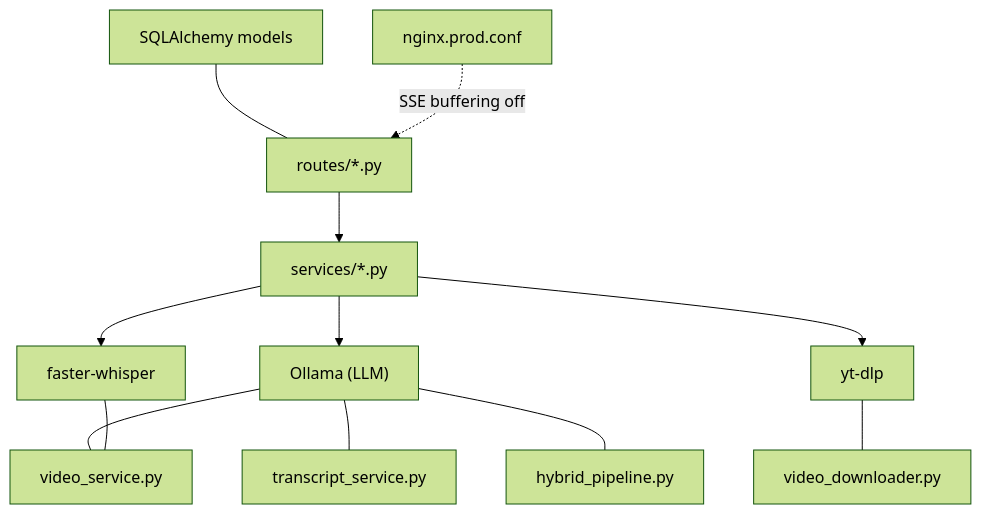
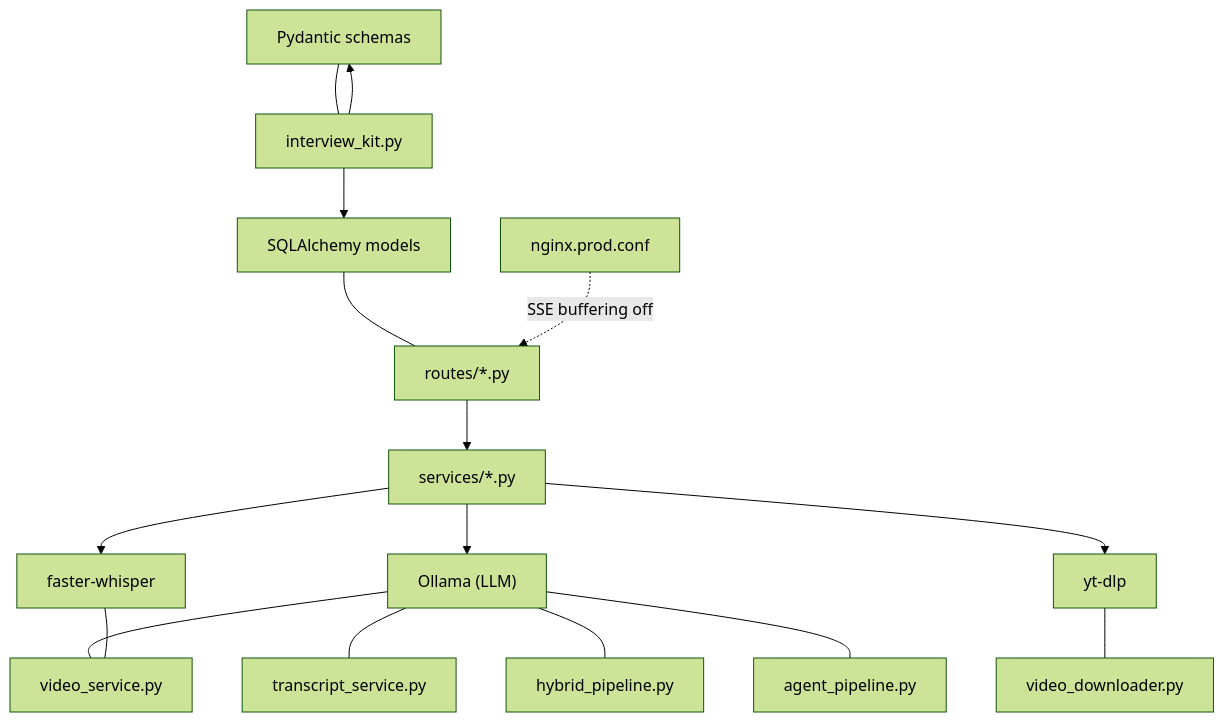
One commit to Revanththetalogics/aireume changed diagram 12 of 12 in .qoder/repowiki/en/content/Video Analysis/Interview Analysis Workflow.md. Above: the diagram before and after it, drawn with Mermaid (forest theme). The commit also changed other lines of this file and 41 other files, not shown here.

````diff
--- a/.qoder/repowiki/en/content/Video Analysis/Interview Analysis Workflow.md
+++ b/.qoder/repowiki/en/content/Video Analysis/Interview Analysis Workflow.md
@@ -367,14 +577,18 @@
 ```mermaid
 graph TB
 OLL["Ollama (LLM)"] --- VS["video_service.py"]
 OLL --- TS["transcript_service.py"]
 OLL --- HP["hybrid_pipeline.py"]
+OLL --- AP["agent_pipeline.py"]
 WHISPER["faster-whisper"] --- VS
 YT["yt-dlp"] --- DOWN["video_downloader.py"]
 DB["SQLAlchemy models"] --- ROUTE["routes/*.py"]
+SCHEMA["Pydantic schemas"] --- IK["interview_kit.py"]
 ROUTE --> SVC["services/*.py"]
 SVC --> OLL
 SVC --> WHISPER
 SVC --> YT
+IK --> DB
+IK --> SCHEMA
 NGINX["nginx.prod.conf"] -. "SSE buffering off" .-> ROUTE
 ```
````
